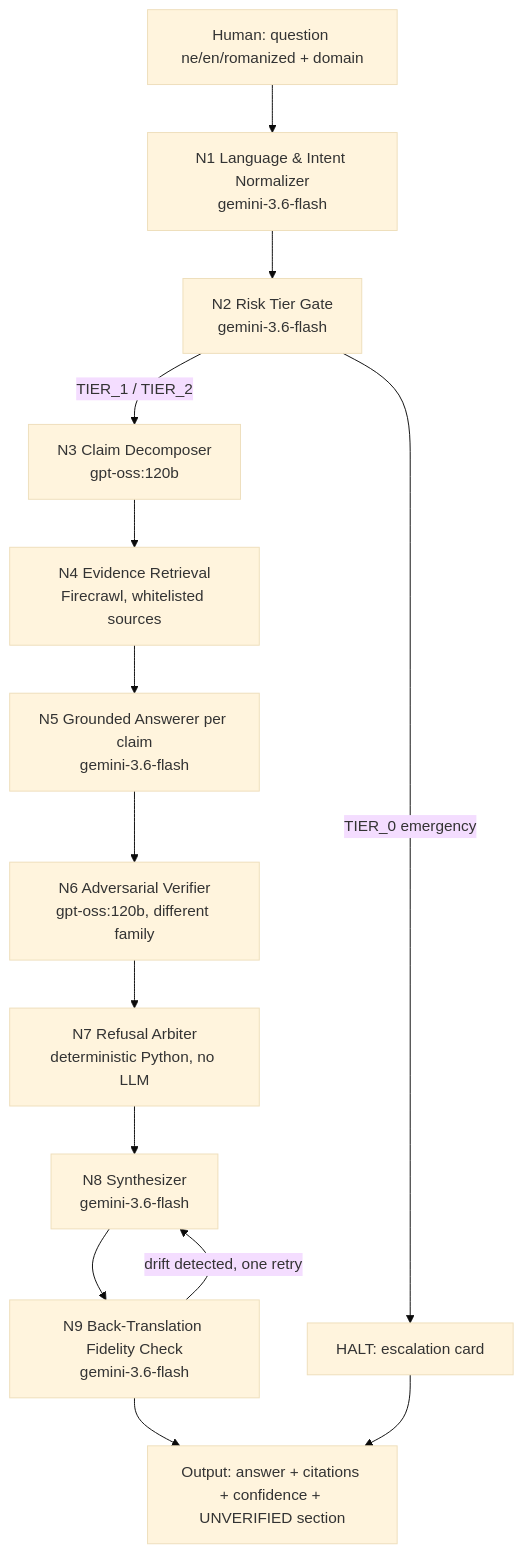
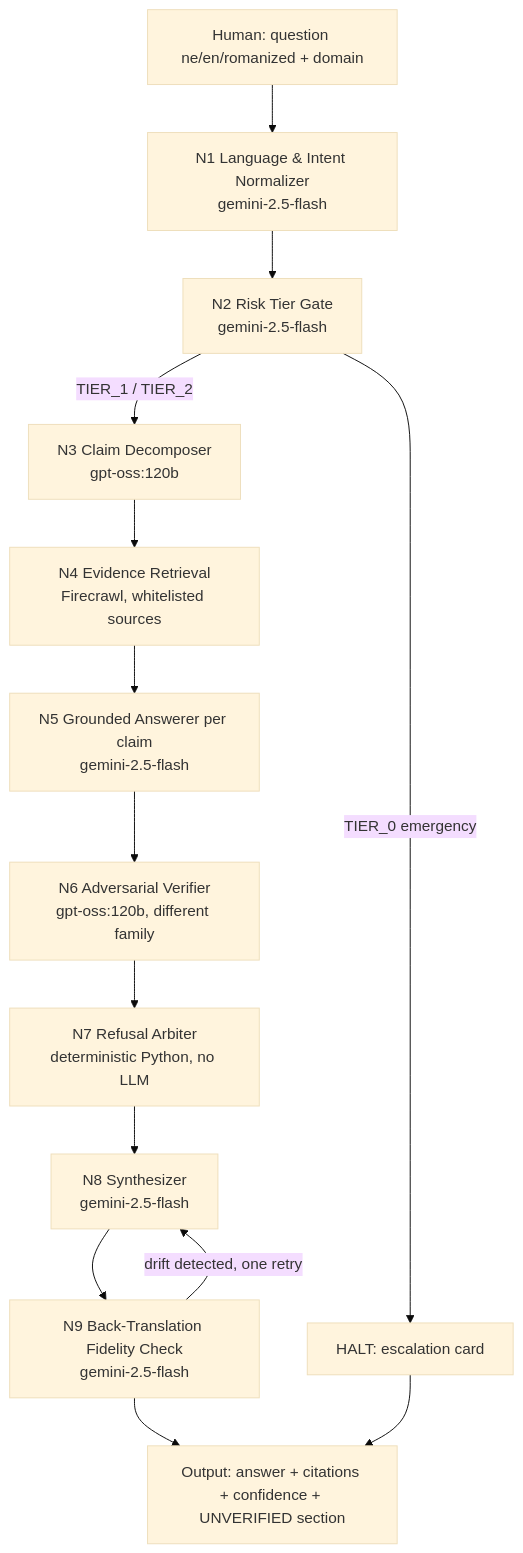
The diagram in README.md (techaaditya/Veritas), drawn with Mermaid (base theme) before and after one commit. The commit also changed other lines of this file and 22 other files, not shown here.

First line of the commit message:
fix: switch to gemini-2.5-flash, fix benchmark resumability to retry failed (not just missing) questions

````diff
--- a/README.md
+++ b/README.md
@@ -22,17 +22,17 @@
 ```mermaid
 flowchart TD
     H[Human: question ne/en/romanized + domain] --> N1
-    N1[N1 Language & Intent Normalizer<br/>gemini-3.6-flash] --> N2
-    N2[N2 Risk Tier Gate<br/>gemini-3.6-flash] -->|TIER_1 / TIER_2| N3
+    N1[N1 Language & Intent Normalizer<br/>gemini-2.5-flash] --> N2
+    N2[N2 Risk Tier Gate<br/>gemini-2.5-flash] -->|TIER_1 / TIER_2| N3
     N2 -->|TIER_0 emergency| HALT[HALT: escalation card]
     N3[N3 Claim Decomposer<br/>gpt-oss:120b] --> N4
     N4[N4 Evidence Retrieval<br/>Firecrawl, whitelisted sources] --> N5
-    N5[N5 Grounded Answerer per claim<br/>gemini-3.6-flash] --> N6
+    N5[N5 Grounded Answerer per claim<br/>gemini-2.5-flash] --> N6
     N6[N6 Adversarial Verifier<br/>gpt-oss:120b, different family] --> N7
     N7[N7 Refusal Arbiter<br/>deterministic Python, no LLM] --> N8
-    N8[N8 Synthesizer<br/>gemini-3.6-flash] --> N9
-    N9[N9 Back-Translation Fidelity Check<br/>gemini-3.6-flash]
+    N8[N8 Synthesizer<br/>gemini-2.5-flash] --> N9
+    N9[N9 Back-Translation Fidelity Check<br/>gemini-2.5-flash]
     N9 -->|drift detected, one retry| N8
     N9 --> OUT[Output: answer + citations + confidence + UNVERIFIED section]
     HALT --> OUT
 ```
````
